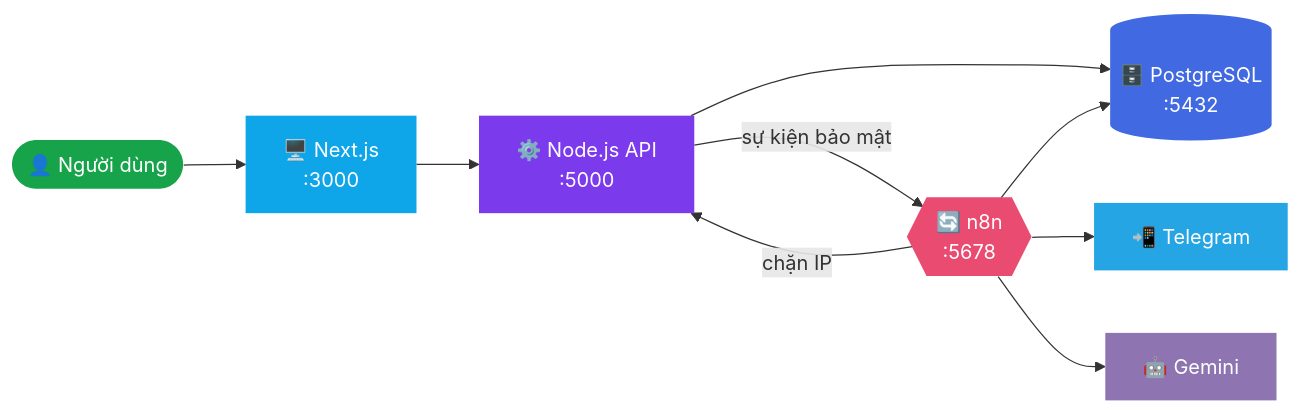
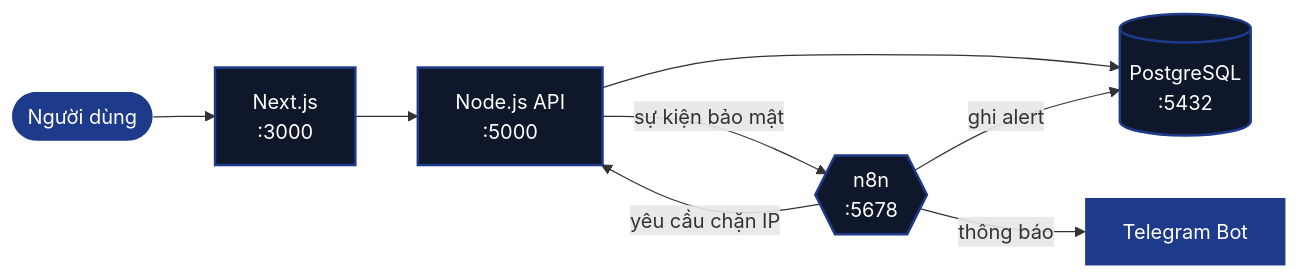
Before and after one commit to Chamm286/riceguard: the first of 2 diagrams in README.md, drawn with Mermaid. The commit also changed other lines of this file, not shown here.

```diff
--- a/README.md
+++ b/README.md
@@ -70,19 +61,15 @@
 ~~~mermaid
 flowchart LR
-    U([👤 Người dùng]) --> FE[🖥️ Next.js<br/>:3000]
-    FE --> BE[⚙️ Node.js API<br/>:5000]
-    BE --> DB[(🗄️ PostgreSQL<br/>:5432)]
-    BE -- sự kiện bảo mật --> N8N{{🔄 n8n<br/>:5678}}
-    N8N --> DB
-    N8N --> TG[📲 Telegram]
-    N8N -- chặn IP --> BE
-    N8N --> AI[🤖 Gemini]
+    U([Người dùng]) --> FE[Next.js<br/>:3000]
+    FE --> BE[Node.js API<br/>:5000]
+    BE --> DB[(PostgreSQL<br/>:5432)]
+    BE -- "sự kiện bảo mật" --> N8N{{n8n<br/>:5678}}
+    N8N -- "ghi alert" --> DB
+    N8N -- "thông báo" --> TG[Telegram Bot]
+    N8N -- "yêu cầu chặn IP" --> BE
 
-    style U fill:#16a34a,color:#fff,stroke:none
-    style FE fill:#0ea5e9,color:#fff,stroke:none
-    style BE fill:#7c3aed,color:#fff,stroke:none
-    style DB fill:#4169E1,color:#fff,stroke:none
-    style N8N fill:#EA4B71,color:#fff,stroke:none
-    style TG fill:#26A5E4,color:#fff,stroke:none
-    style AI fill:#8E75B2,color:#fff,stroke:none
+    classDef core fill:#0f172a,color:#fff,stroke:#1e3a8a,stroke-width:2px
+    classDef ext fill:#1e3a8a,color:#fff,stroke:none
+    class FE,BE,DB,N8N core
+    class TG,U ext
 ~~~
```
